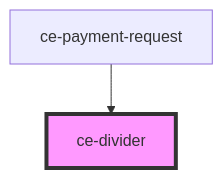
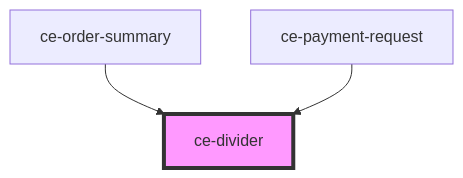
Before and after one commit to surecart/surecart-wp-plugin: the diagram in packages/components/docs/components/ui/divider/readme.md, drawn with Mermaid. The commit also changed other lines of this file and 9 other files, not shown here.

````diff
--- a/packages/components/docs/components/ui/divider/readme.md
+++ b/packages/components/docs/components/ui/divider/readme.md
@@ -24,5 +25,6 @@
 ```mermaid
 graph TD;
+  ce-order-summary --> ce-divider
   ce-payment-request --> ce-divider
   style ce-divider fill:#f9f,stroke:#333,stroke-width:4px
 ```
````
